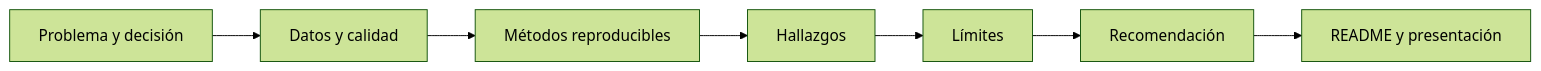
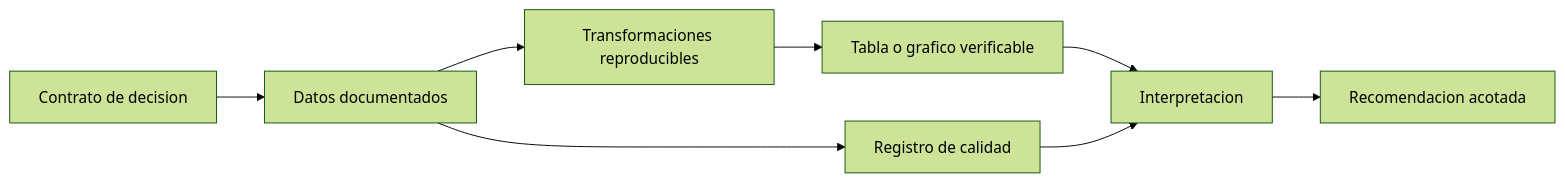
Before and after one commit to Ayhur/CursoAnalista: the diagram in curso/15-portfolio/lecciones/02-estructurar-proyecto-defendible.md, drawn with Mermaid (forest theme). The commit also changed other lines of this file and 15 other files, not shown here.

````diff
--- a/curso/15-portfolio/lecciones/02-estructurar-proyecto-defendible.md
+++ b/curso/15-portfolio/lecciones/02-estructurar-proyecto-defendible.md
@@ -11,9 +30,10 @@
 ```mermaid
 flowchart LR
- A[Problema y decisión] --> B[Datos y calidad]
- B --> C[Métodos reproducibles]
- C --> D[Hallazgos]
- D --> E[Límites]
- E --> F[Recomendación]
- F --> G[README y presentación]
+ A[Contrato de decision] --> B[Datos documentados]
+ B --> C[Transformaciones reproducibles]
+ C --> D[Tabla o grafico verificable]
+ D --> E[Interpretacion]
+ E --> F[Recomendacion acotada]
+ B --> G[Registro de calidad]
+ G --> E
 ```
````
